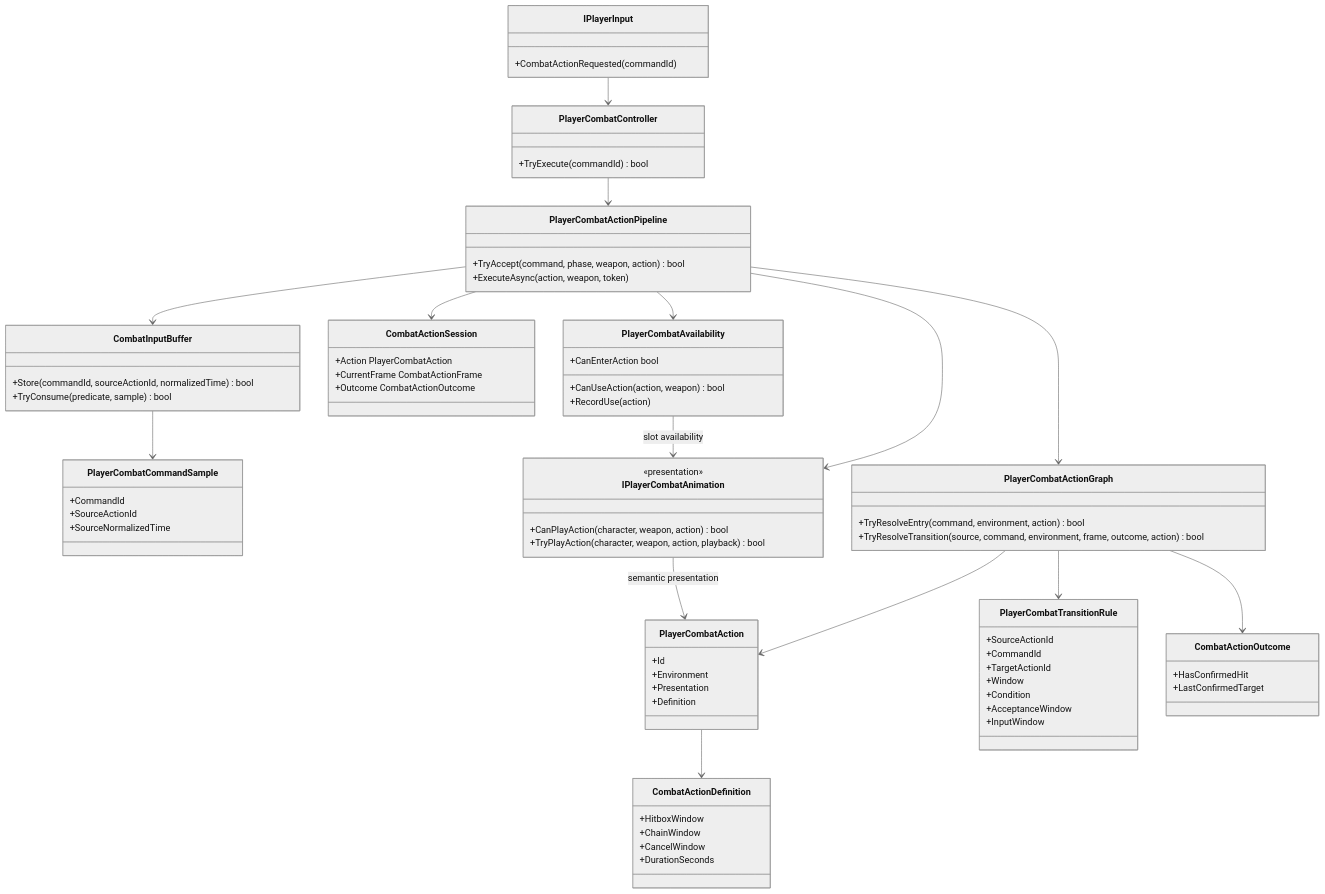
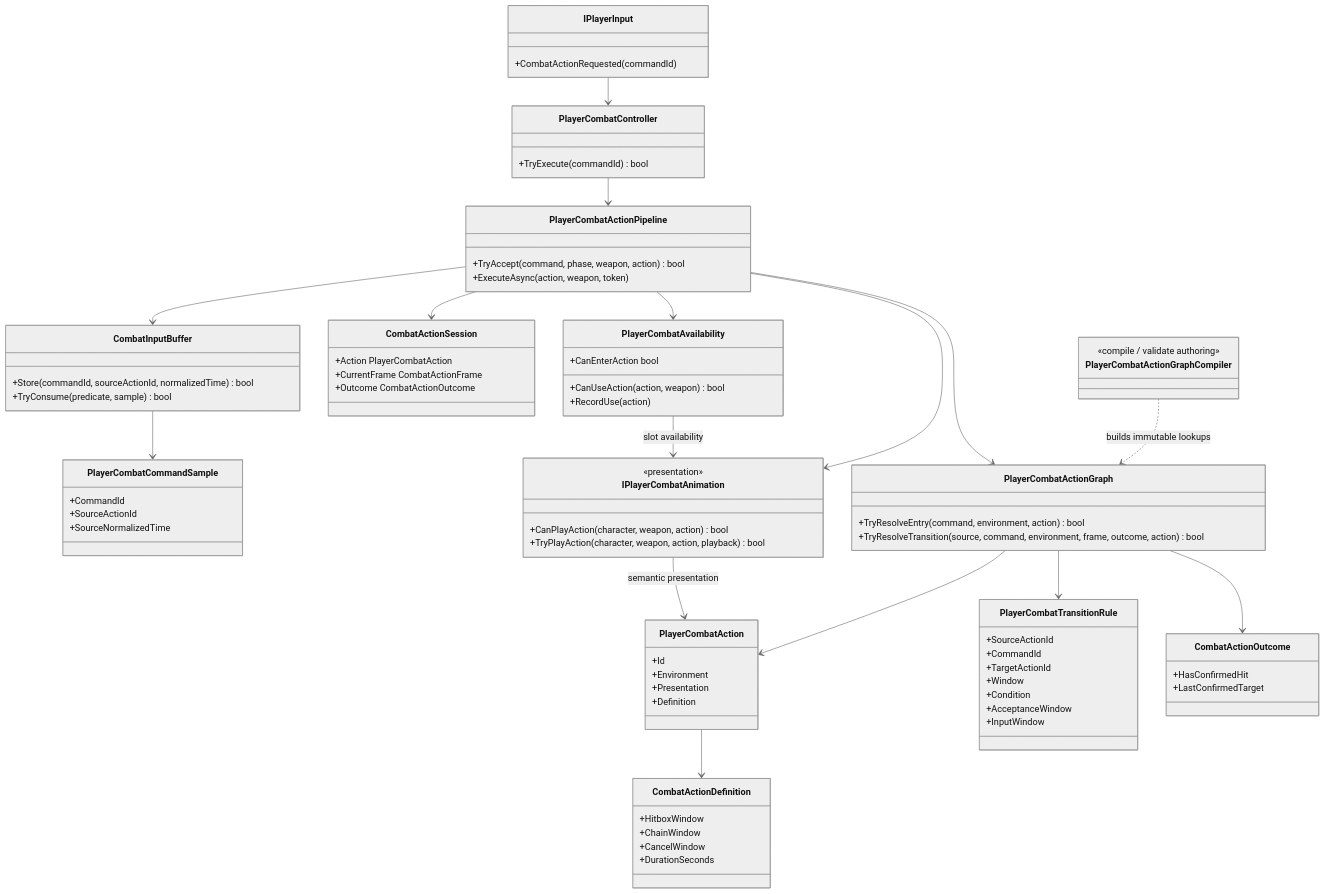
The diagram in Docs/Architecture/Combat.ComboGraph.md (MaximFonariuc/project-s), drawn with Mermaid (neutral theme) before and after one commit. The commit also changed other lines of this file and 4 other files, not shown here.

Commit message:
refactor(combat): separate action graph compilation

```diff
--- a/Docs/Architecture/Combat.ComboGraph.md
+++ b/Docs/Architecture/Combat.ComboGraph.md
@@ -36,6 +36,9 @@
     class PlayerCombatActionGraph {
         +TryResolveEntry(command, environment, action) bool
         +TryResolveTransition(source, command, environment, frame, outcome, action) bool
+    }
+    class PlayerCombatActionGraphCompiler {
+        <<compile / validate authoring>>
     }
     class PlayerCombatAction {
         +Id
@@ -78,6 +81,7 @@
     PlayerCombatActionPipeline --> CombatInputBuffer
     PlayerCombatActionPipeline --> CombatActionSession
     CombatInputBuffer --> PlayerCombatCommandSample
+    PlayerCombatActionGraphCompiler ..> PlayerCombatActionGraph : builds immutable lookups
     PlayerCombatActionPipeline --> PlayerCombatActionGraph
     PlayerCombatActionPipeline --> PlayerCombatAvailability
     PlayerCombatActionGraph --> PlayerCombatAction
```
